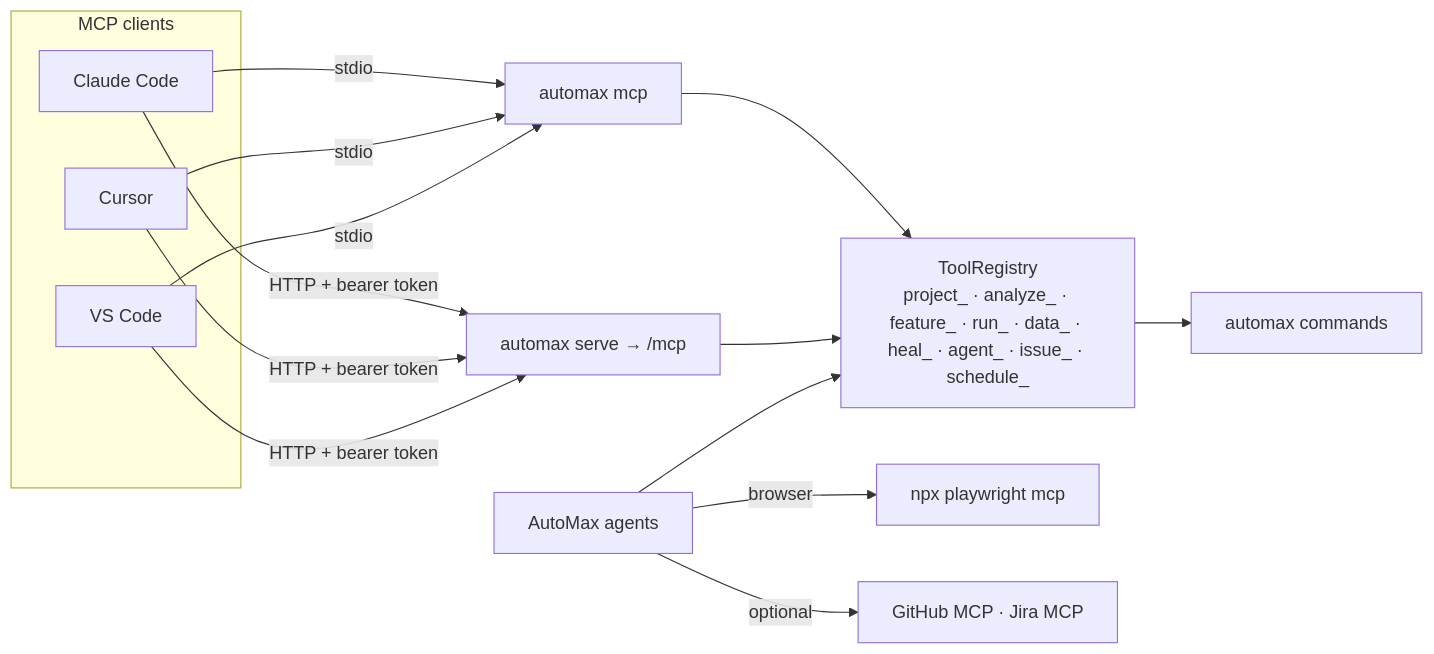
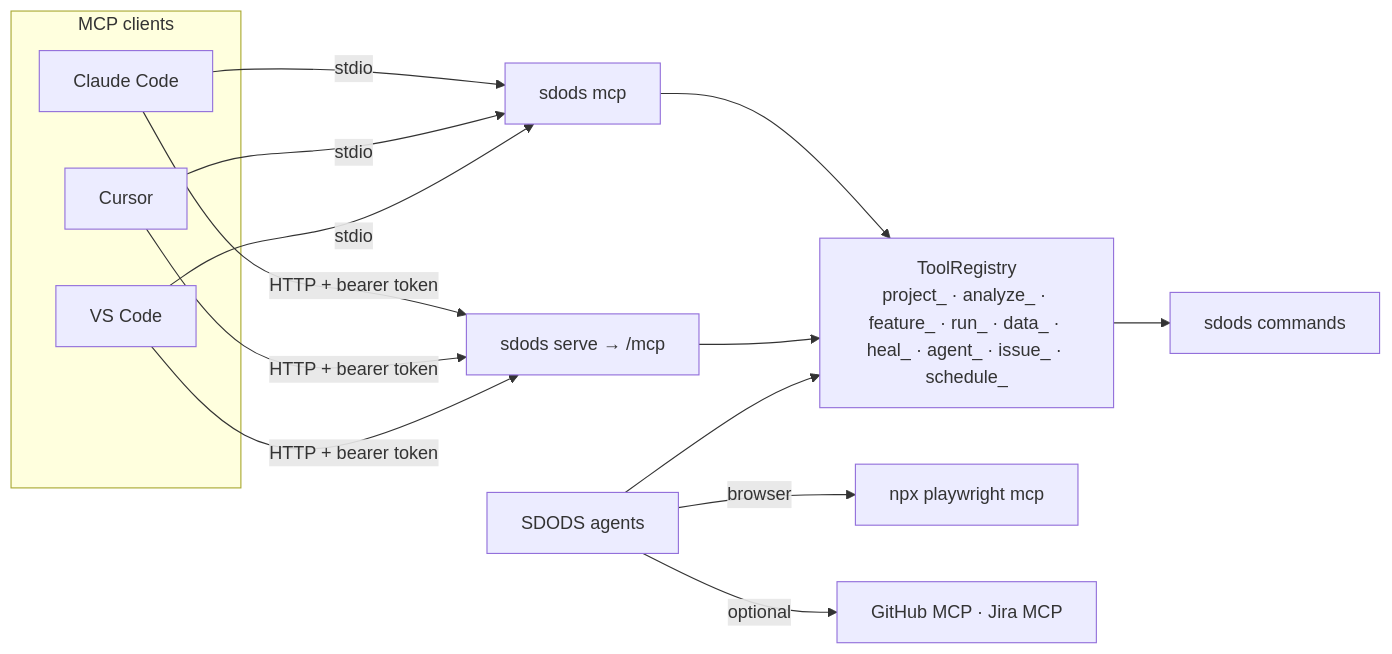
Before and after one commit to YarlisAISolutions/SDODS: the diagram in apps/docs/content/docs/guides/mcp.mdx, drawn with Mermaid. The commit also changed other lines of this file and 466 other files, not shown here.

First line of the commit message:
Rebrand to SDODS: packages, CLI, config, brand marks

````diff
--- a/apps/docs/content/docs/guides/mcp.mdx
+++ b/apps/docs/content/docs/guides/mcp.mdx
@@ -13,15 +13,15 @@
 ```mermaid
 flowchart LR
   subgraph clients["MCP clients"]
     CC["Claude Code"]
     CU["Cursor"]
     VS["VS Code"]
   end
-  CC & CU & VS -->|stdio| S1["automax mcp"]
-  CC & CU & VS -->|HTTP + bearer token| S2["automax serve → /mcp"]
+  CC & CU & VS -->|stdio| S1["sdods mcp"]
+  CC & CU & VS -->|HTTP + bearer token| S2["sdods serve → /mcp"]
   S1 & S2 --> REG["ToolRegistry<br/>project_ · analyze_ · feature_ · run_ · data_ · heal_ · agent_ · issue_ · schedule_"]
-  REG --> CLI["automax commands"]
-  AG["AutoMax agents"] --> REG
+  REG --> CLI["sdods commands"]
+  AG["SDODS agents"] --> REG
   AG -->|browser| PW["npx playwright mcp"]
   AG -->|optional| EXT["GitHub MCP · Jira MCP"]
 ```
````
